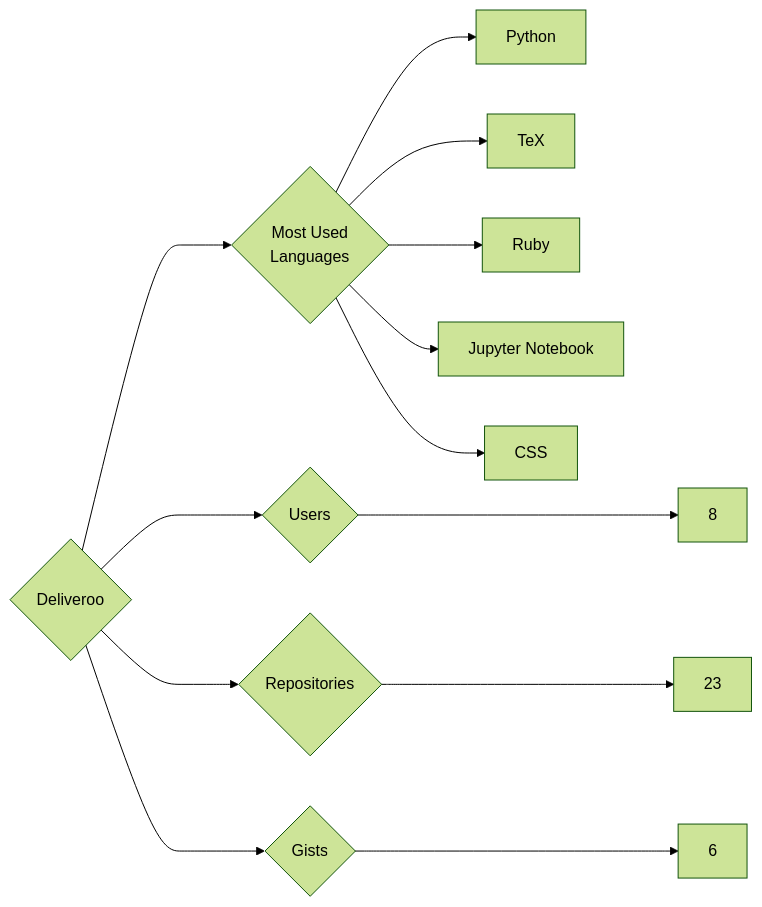
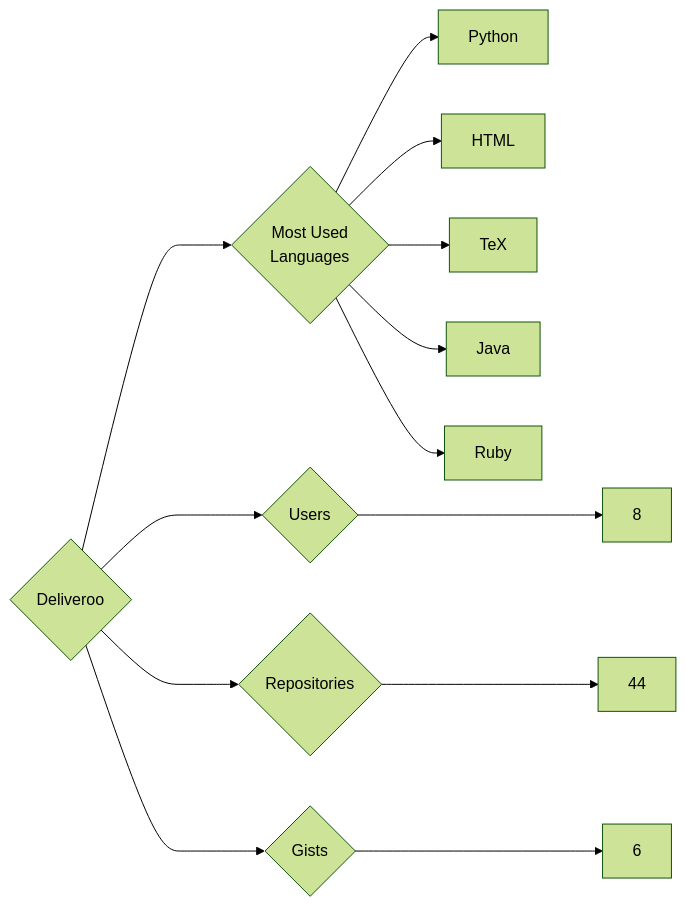
One commit to trickest/insiders changed the diagram in targets/Deliveroo/README.md. Above: the diagram before and after it, drawn with Mermaid (forest theme). The commit also changed 1003 other files, not shown here.

````diff
--- a/targets/Deliveroo/README.md
+++ b/targets/Deliveroo/README.md
@@ -3,13 +3,13 @@
 ```mermaid
 graph LR
 COMPANY_NAME{Deliveroo}
 COMPANY_NAME ---> U{Users} ---> UN[8]
-COMPANY_NAME ---> R{Repositories} ---> RN[23]
+COMPANY_NAME ---> R{Repositories} ---> RN[44]
 COMPANY_NAME ---> G{Gists} ---> GN[6]
 COMPANY_NAME ---> ML{Most Used<br>Languages}
 ML --> Python[Python]
+ML --> HTML[HTML]
 ML --> TeX[TeX]
+ML --> Java[Java]
 ML --> Ruby[Ruby]
-ML --> Jupyter_Notebook[Jupyter Notebook]
-ML --> CSS[CSS]
 ```
````
